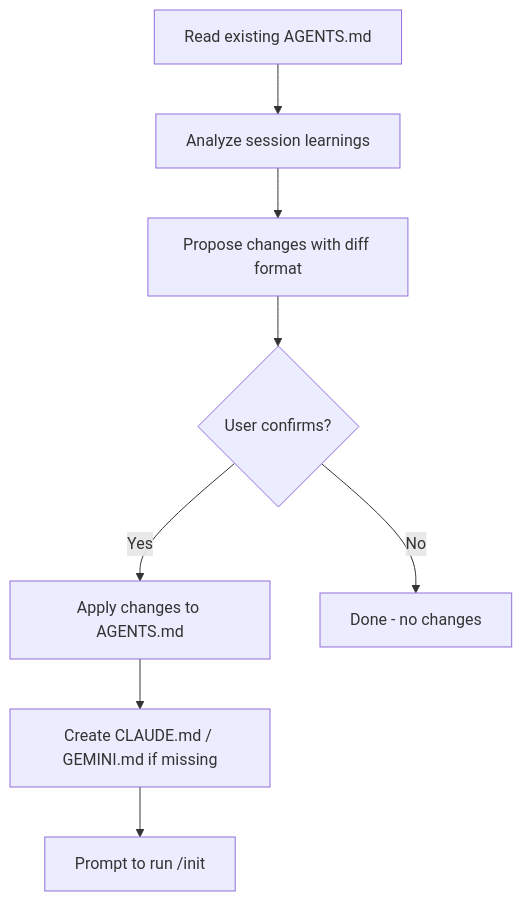
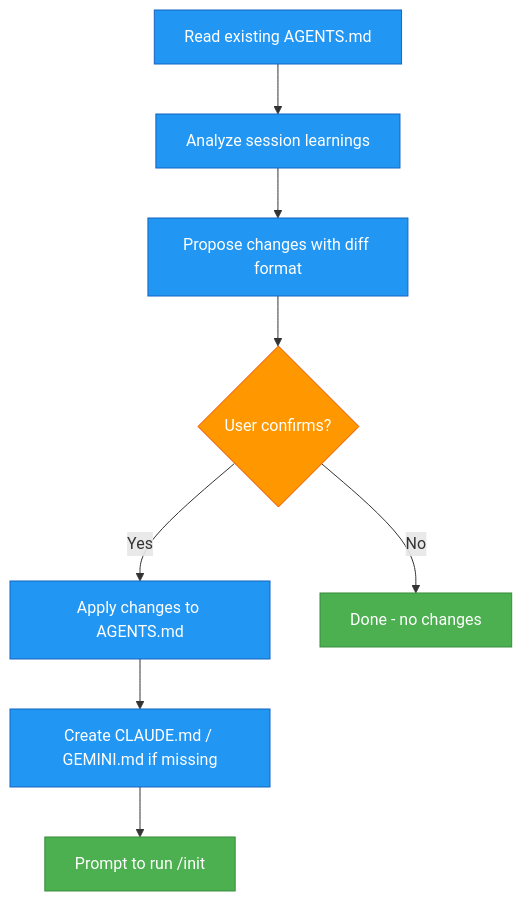
One commit to Olshansk/agent-session-commit changed the second of 2 diagrams in README.md. Above: the diagram before and after it, drawn with Mermaid. The commit also changed other lines of this file, not shown here.

````diff
--- a/README.md
+++ b/README.md
@@ -77,10 +85,14 @@
 ```mermaid
 graph TD
-    A[Read existing AGENTS.md] --> B[Analyze session learnings]
-    B --> C[Propose changes with diff format]
-    C --> D{User confirms?}
-    D -->|Yes| E[Apply changes to AGENTS.md]
-    D -->|No| F[Done - no changes]
-    E --> G[Create CLAUDE.md / GEMINI.md if missing]
-    G --> H[Prompt to run /init]
+    A[Read existing AGENTS.md]:::action --> B[Analyze session learnings]:::action
+    B --> C[Propose changes with diff format]:::action
+    C --> D{User confirms?}:::decision
+    D -->|Yes| E[Apply changes to AGENTS.md]:::action
+    D -->|No| F[Done - no changes]:::outcome
+    E --> G[Create CLAUDE.md / GEMINI.md if missing]:::action
+    G --> H[Prompt to run /init]:::outcome
+
+    classDef action fill:#2196F3,color:#fff,stroke:#1565C0
+    classDef decision fill:#FF9800,color:#fff,stroke:#E65100
+    classDef outcome fill:#4CAF50,color:#fff,stroke:#388E3C
 ```
````
